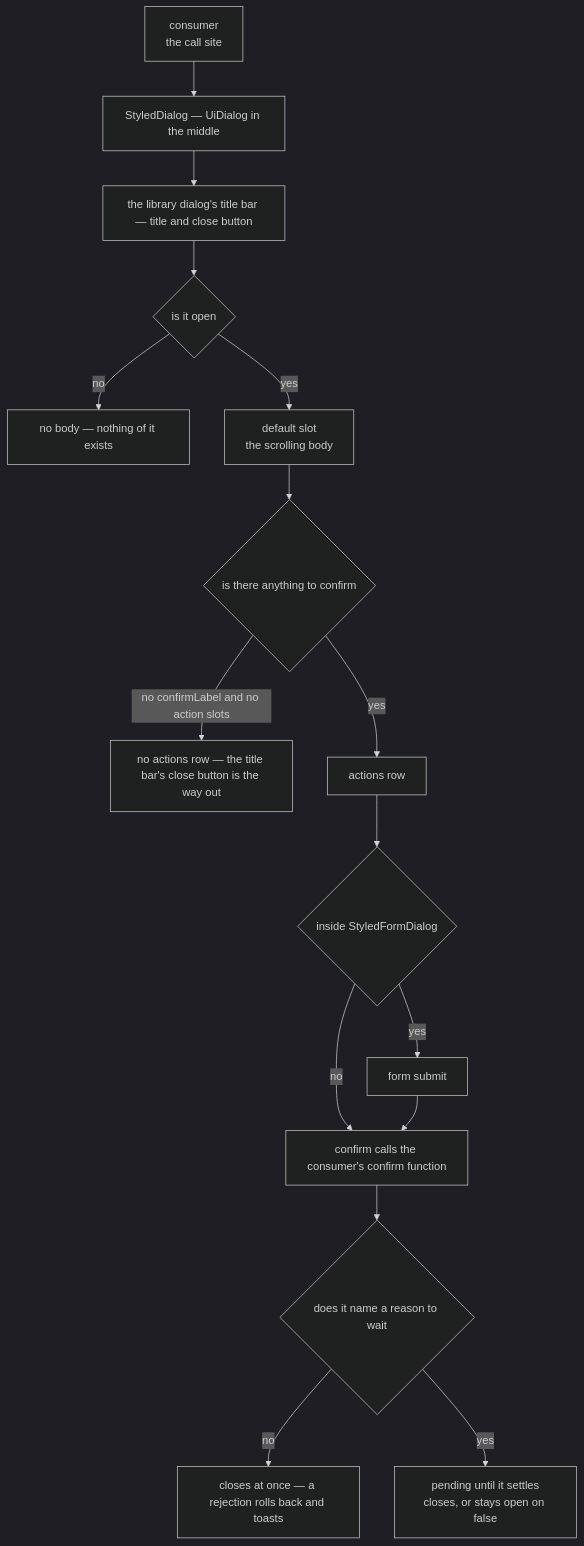
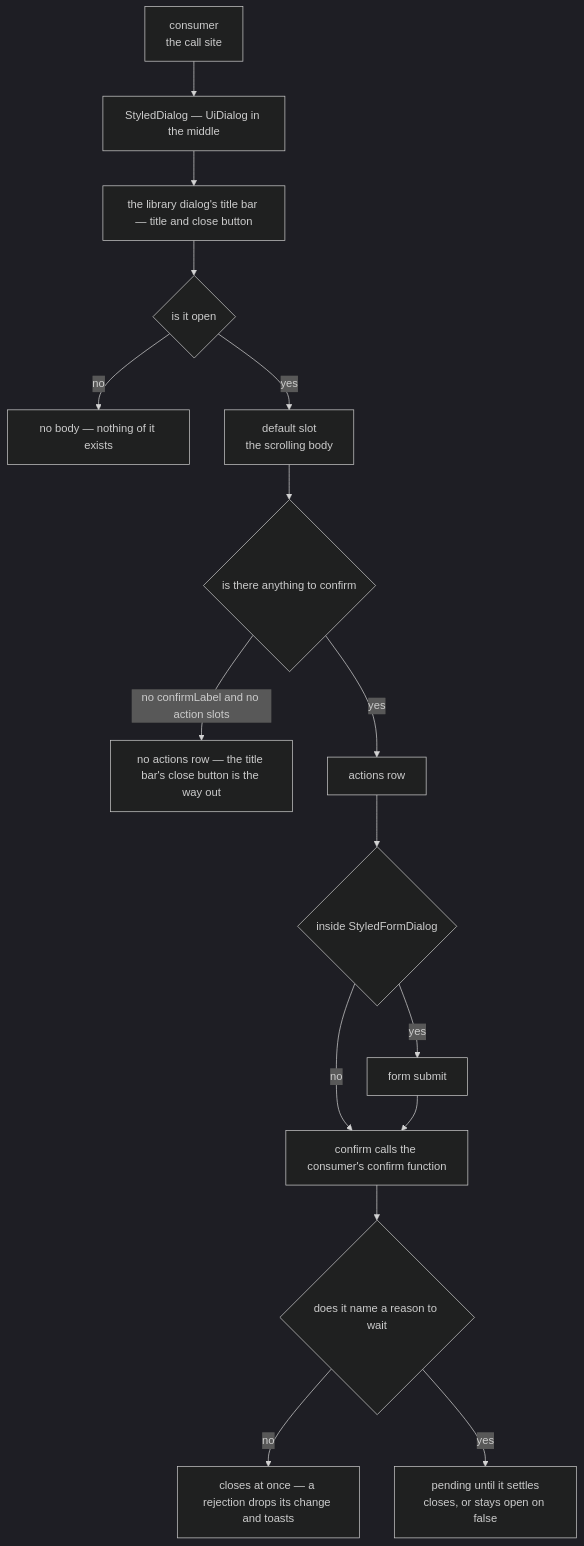
Before and after one commit to Esposter/Esposter: the diagram in openspec/specs/architecture/dialog-shell/design.md, drawn with Mermaid (dark theme). The commit also changed 22 other files, not shown here.

First line of the commit message:
docs(openspec): the pages that still described rollbacks state the overlay as built, where a refused write drops its entry

````diff
--- a/openspec/specs/architecture/dialog-shell/design.md
+++ b/openspec/specs/architecture/dialog-shell/design.md
@@ -11,18 +11,18 @@
 ```mermaid
 flowchart TD
   CONSUMER["consumer<br/>the call site"] --> SHELL["StyledDialog — UiDialog in the middle"]
   SHELL --> HEADER["the library dialog's title bar — title and close button"]
   HEADER --> OPEN{"is it open"}
   OPEN -->|"no"| NOTHING["no body — nothing of it exists"]
   OPEN -->|"yes"| BODY["default slot<br/>the scrolling body"]
   BODY --> HASACTIONS{"is there anything to confirm"}
   HASACTIONS -->|"no confirmLabel and no action slots"| CLOSE["no actions row — the title bar's close button is the way out"]
   HASACTIONS -->|"yes"| ACTIONS["actions row"]
   ACTIONS --> FORM{"inside StyledFormDialog"}
   FORM -->|"no"| ANSWER["confirm calls the consumer's confirm function"]
   FORM -->|"yes"| SUBMIT["form submit"]
   SUBMIT --> ANSWER
   ANSWER --> MODE{"does it name a reason to wait"}
-  MODE -->|"no"| GONE["closes at once — a rejection rolls back and toasts"]
+  MODE -->|"no"| GONE["closes at once — a rejection drops its change and toasts"]
   MODE -->|"yes"| PENDING["pending until it settles<br/>closes, or stays open on false"]
 ```
````
